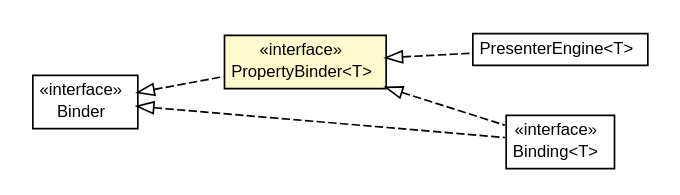
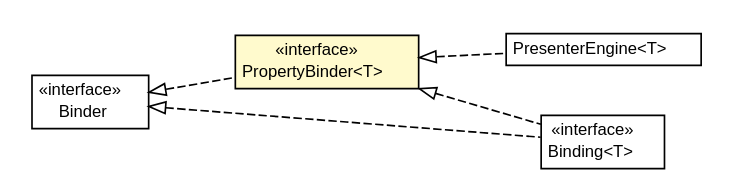
One commit to growbit/turbogwt-databind changed the diagram in javadoc/apidocs/org/turbogwt/mvp/databind/client/PropertyBinder.dot. Above: the diagram before and after it, drawn with Graphviz. The commit also changed 144 other files, not shown here.

```diff
--- a/javadoc/apidocs/org/turbogwt/mvp/databind/client/PropertyBinder.dot
+++ b/javadoc/apidocs/org/turbogwt/mvp/databind/client/PropertyBinder.dot
@@ -1,48 +1,48 @@
 #!/usr/local/bin/dot
 #
 # Class diagram 
 # Generated by UMLGraph version R5_6-24-gf6e263 (http://www.umlgraph.org/)
 #
 
 digraph G {
-	edge [fontname="arial",fontsize=10,labelfontname="arial",labelfontsize=10];
-	node [fontname="arial",fontsize=10,shape=plaintext];
+	edge [fontname="Helvetica",fontsize=10,labelfontname="Helvetica",labelfontsize=10];
+	node [fontname="Helvetica",fontsize=10,shape=plaintext];
 	nodesep=0.25;
 	ranksep=0.5;
 	rankdir=LR;
+	// org.turbogwt.mvp.databind.client.PresenterEngine<T>
+	c740 [label=<<table title="org.turbogwt.mvp.databind.client.PresenterEngine" border="0" cellborder="1" cellspacing="0" cellpadding="2" port="p" href="./PresenterEngine.html">
+		<tr><td><table border="0" cellspacing="0" cellpadding="1">
+<tr><td align="center" balign="center"> PresenterEngine&lt;T&gt; </td></tr>
+		</table></td></tr>
+		</table>>, URL="./PresenterEngine.html", fontname="Helvetica", fontcolor="black", fontsize=10.0];
+	// org.turbogwt.mvp.databind.client.Binder
+	c741 [label=<<table title="org.turbogwt.mvp.databind.client.Binder" border="0" cellborder="1" cellspacing="0" cellpadding="2" port="p" href="./Binder.html">
+		<tr><td><table border="0" cellspacing="0" cellpadding="1">
+<tr><td align="center" balign="center"> &#171;interface&#187; </td></tr>
+<tr><td align="center" balign="center"> Binder </td></tr>
+		</table></td></tr>
+		</table>>, URL="./Binder.html", fontname="Helvetica", fontcolor="black", fontsize=10.0];
 	// org.turbogwt.mvp.databind.client.PropertyBinder<T>
-	c734 [label=<<table title="org.turbogwt.mvp.databind.client.PropertyBinder" border="0" cellborder="1" cellspacing="0" cellpadding="2" port="p" bgcolor="lemonChiffon" href="./PropertyBinder.html">
+	c742 [label=<<table title="org.turbogwt.mvp.databind.client.PropertyBinder" border="0" cellborder="1" cellspacing="0" cellpadding="2" port="p" bgcolor="lemonChiffon" href="./PropertyBinder.html">
 		<tr><td><table border="0" cellspacing="0" cellpadding="1">
 <tr><td align="center" balign="center"> &#171;interface&#187; </td></tr>
 <tr><td align="center" balign="center"> PropertyBinder&lt;T&gt; </td></tr>
 		</table></td></tr>
-		</table>>, URL="./PropertyBinder.html", fontname="arial", fontcolor="black", fontsize=10.0];
-	// org.turbogwt.mvp.databind.client.PresenterEngine<T>
-	c735 [label=<<table title="org.turbogwt.mvp.databind.client.PresenterEngine" border="0" cellborder="1" cellspacing="0" cellpadding="2" port="p" href="./PresenterEngine.html">
-		<tr><td><table border="0" cellspacing="0" cellpadding="1">
-<tr><td align="center" balign="center"> PresenterEngine&lt;T&gt; </td></tr>
-		</table></td></tr>
-		</table>>, URL="./PresenterEngine.html", fontname="arial", fontcolor="black", fontsize=10.0];
+		</table>>, URL="./PropertyBinder.html", fontname="Helvetica", fontcolor="black", fontsize=10.0];
 	// org.turbogwt.mvp.databind.client.Binding<T>
-	c744 [label=<<table title="org.turbogwt.mvp.databind.client.Binding" border="0" cellborder="1" cellspacing="0" cellpadding="2" port="p" href="./Binding.html">
+	c743 [label=<<table title="org.turbogwt.mvp.databind.client.Binding" border="0" cellborder="1" cellspacing="0" cellpadding="2" port="p" href="./Binding.html">
 		<tr><td><table border="0" cellspacing="0" cellpadding="1">
 <tr><td align="center" balign="center"> &#171;interface&#187; </td></tr>
 <tr><td align="center" balign="center"> Binding&lt;T&gt; </td></tr>
 		</table></td></tr>
-		</table>>, URL="./Binding.html", fontname="arial", fontcolor="black", fontsize=10.0];
-	// org.turbogwt.mvp.databind.client.Binder
-	c746 [label=<<table title="org.turbogwt.mvp.databind.client.Binder" border="0" cellborder="1" cellspacing="0" cellpadding="2" port="p" href="./Binder.html">
-		<tr><td><table border="0" cellspacing="0" cellpadding="1">
-<tr><td align="center" balign="center"> &#171;interface&#187; </td></tr>
-<tr><td align="center" balign="center"> Binder </td></tr>
-		</table></td></tr>
-		</table>>, URL="./Binder.html", fontname="arial", fontcolor="black", fontsize=10.0];
+		</table>>, URL="./Binding.html", fontname="Helvetica", fontcolor="black", fontsize=10.0];
+	//org.turbogwt.mvp.databind.client.PresenterEngine<T> implements org.turbogwt.mvp.databind.client.PropertyBinder<T>
+	c742:p -> c740:p [dir=back,arrowtail=empty,style=dashed];
 	//org.turbogwt.mvp.databind.client.PropertyBinder<T> implements org.turbogwt.mvp.databind.client.Binder
-	c746:p -> c734:p [dir=back,arrowtail=empty,style=dashed];
-	//org.turbogwt.mvp.databind.client.PresenterEngine<T> implements org.turbogwt.mvp.databind.client.PropertyBinder<T>
-	c734:p -> c735:p [dir=back,arrowtail=empty,style=dashed];
+	c741:p -> c742:p [dir=back,arrowtail=empty,style=dashed];
 	//org.turbogwt.mvp.databind.client.Binding<T> implements org.turbogwt.mvp.databind.client.PropertyBinder<T>
-	c734:p -> c744:p [dir=back,arrowtail=empty,style=dashed];
+	c742:p -> c743:p [dir=back,arrowtail=empty,style=dashed];
 	//org.turbogwt.mvp.databind.client.Binding<T> implements org.turbogwt.mvp.databind.client.Binder
-	c746:p -> c744:p [dir=back,arrowtail=empty,style=dashed];
+	c741:p -> c743:p [dir=back,arrowtail=empty,style=dashed];
 }
```
